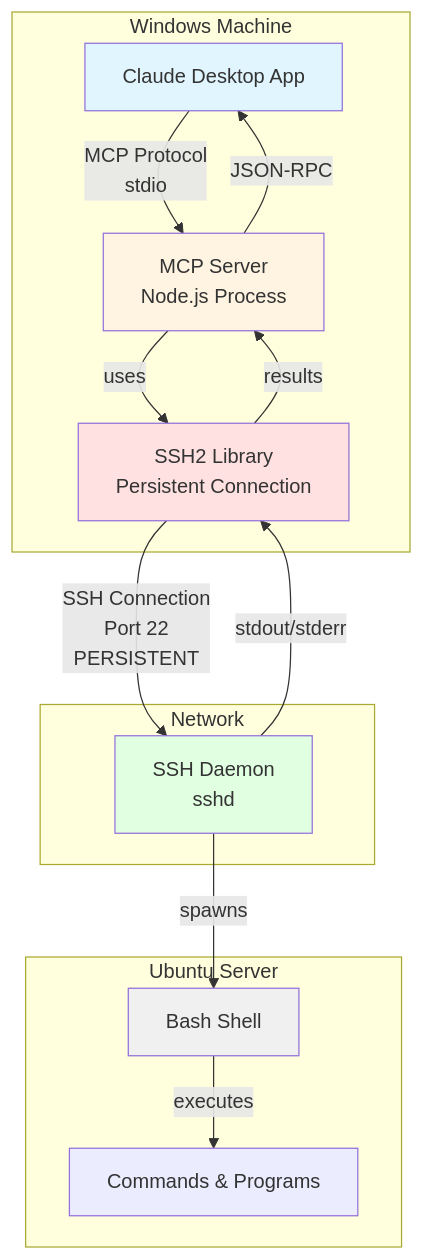
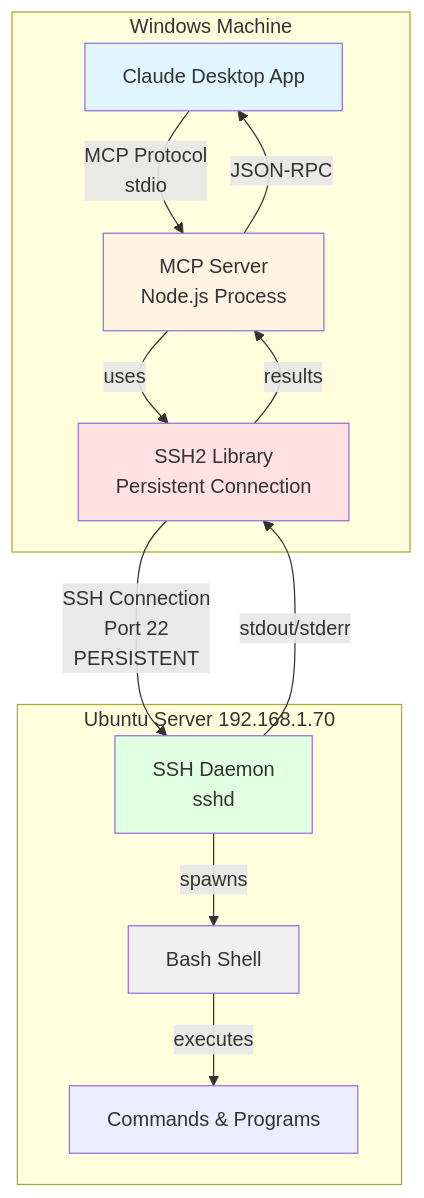
One commit to BlockSecCA/ubuntu-shell-mcp changed the diagram in README.md. Above: the diagram before and after it, drawn with Mermaid. The commit also changed 1 other file, not shown here.

Commit message:
Updated diagram in README

````diff
--- a/README.md
+++ b/README.md
@@ -11,33 +11,30 @@
 ```mermaid
 graph TB
     subgraph "Windows Machine"
         Claude[Claude Desktop App]
         MCP[MCP Server<br/>Node.js Process]
         SSH2[SSH2 Library<br/>Persistent Connection]
         
         Claude -->|MCP Protocol<br/>stdio| MCP
         MCP -->|uses| SSH2
     end
     
-    subgraph "Network"
-        SSH2 -->|SSH Connection<br/>Port 22<br/>PERSISTENT| SSH_Daemon
-    end
-    
-    subgraph "Ubuntu Server"
+    subgraph "Ubuntu Server 192.168.1.70"
         SSH_Daemon[SSH Daemon<br/>sshd]
         Shell[Bash Shell]
         
         SSH_Daemon -->|spawns| Shell
         Shell -->|executes| Commands[Commands & Programs]
     end
     
+    SSH2 -->|SSH Connection<br/>Port 22<br/>PERSISTENT| SSH_Daemon
     SSH_Daemon -->|stdout/stderr| SSH2
     SSH2 -->|results| MCP
     MCP -->|JSON-RPC| Claude
 
     style Claude fill:#e1f5ff
     style MCP fill:#fff4e1
     style SSH2 fill:#ffe1e1
     style SSH_Daemon fill:#e1ffe1
     style Shell fill:#f0f0f0
 ```
````
